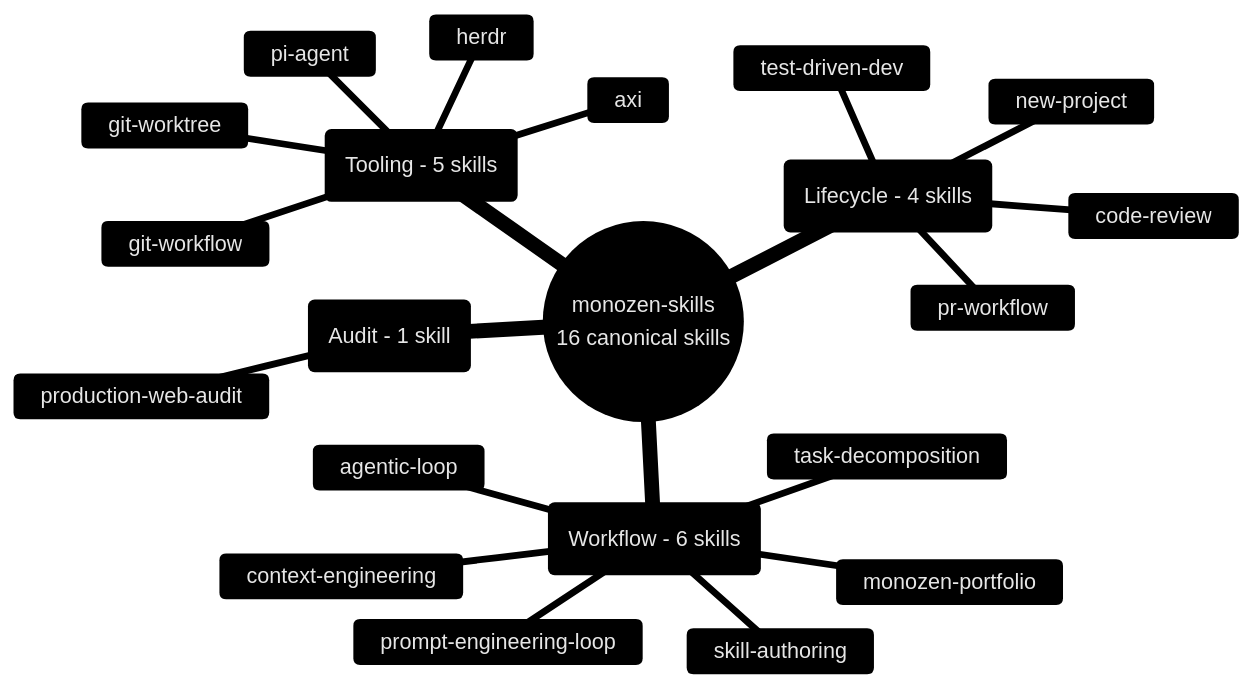
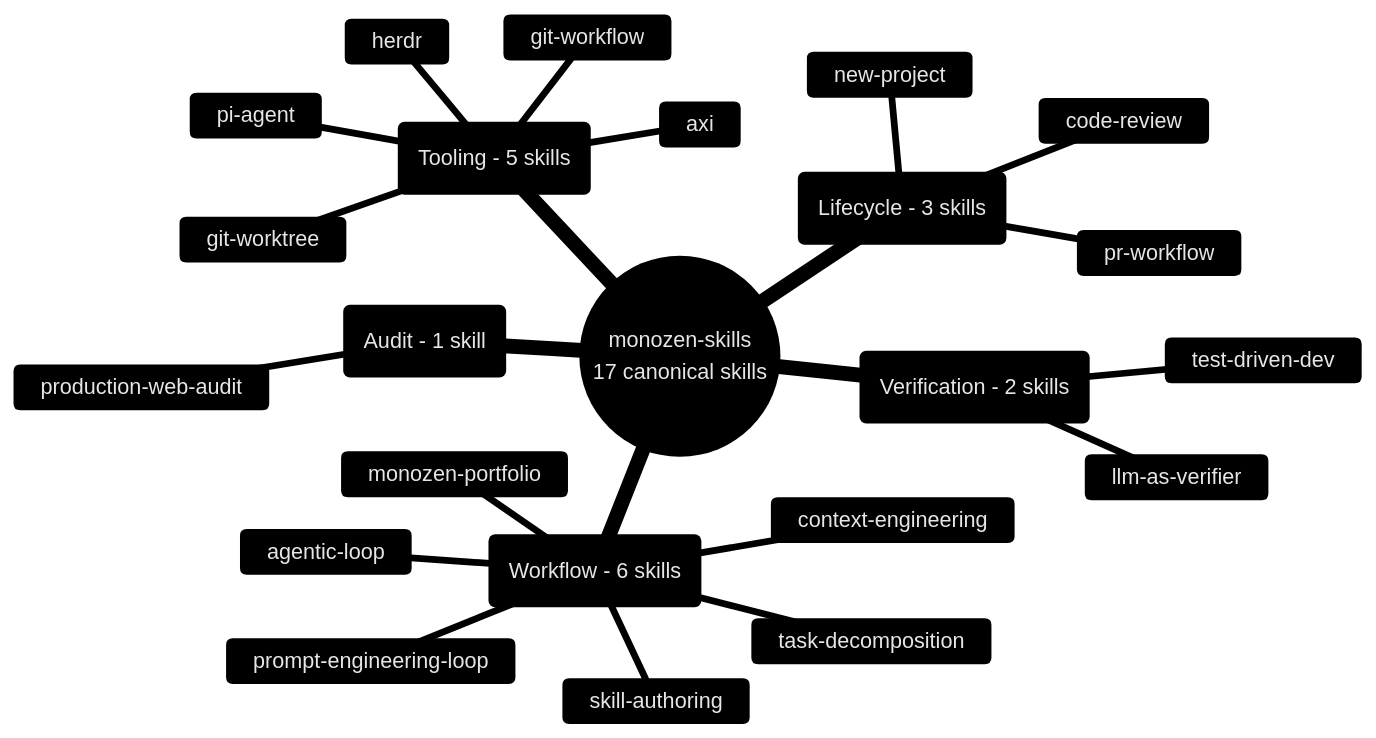
One commit to 8-BitRhyon/monozen-skills changed the diagram in assets/skill-taxonomy.mmd. Above: the diagram before and after it, drawn with Mermaid. The commit also changed 13 other files, not shown here.

First line of the commit message:
feat(verifier): add llm-as-verifier skill + reference CLI (Stanford/NVIDIA LLM-as-a-Verifier paper)

```diff
--- a/assets/skill-taxonomy.mmd
+++ b/assets/skill-taxonomy.mmd
@@ -1,24 +1,26 @@
 %%{init: {'theme': 'base', 'themeVariables': {'primaryColor': '#1a1a2e', 'primaryTextColor': '#e6e6e6', 'primaryBorderColor': '#8b7eff', 'lineColor': '#5a5a8a', 'secondaryColor': '#12132b', 'tertiaryColor': '#0b0c15', 'fontFamily': 'Inter, system-ui, sans-serif'}}}%%
 
 mindmap
-  root((monozen-skills<br/>16 canonical skills))
-    ::_(Lifecycle - 4 skills)
+  root((monozen-skills<br/>17 canonical skills))
+    ::_(Lifecycle - 3 skills)
       new-project
-      test-driven-dev
       code-review
       pr-workflow
+    ::_(Verification - 2 skills)
+      test-driven-dev
+      llm-as-verifier
     ::_(Workflow - 6 skills)
       agentic-loop
       monozen-portfolio
       task-decomposition
       context-engineering
       prompt-engineering-loop
       skill-authoring
     ::_(Audit - 1 skill)
       production-web-audit
     ::_(Tooling - 5 skills)
       axi
       pi-agent
       herdr
       git-worktree
       git-workflow
```
